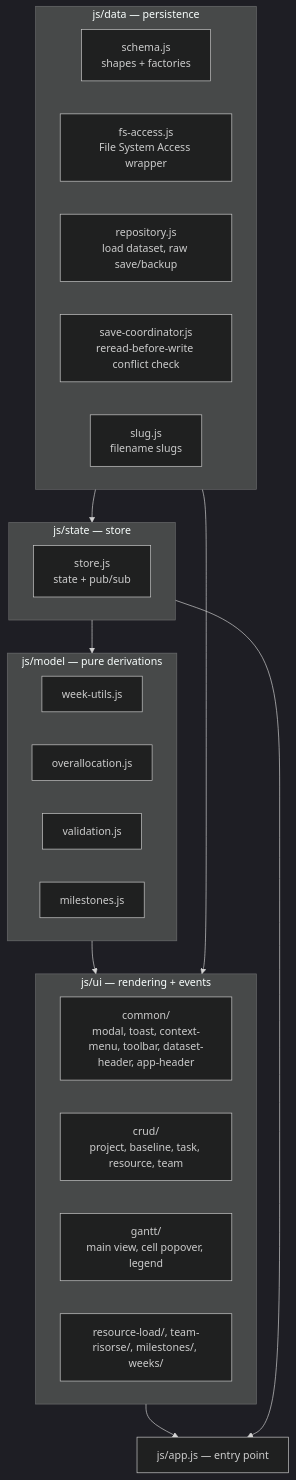
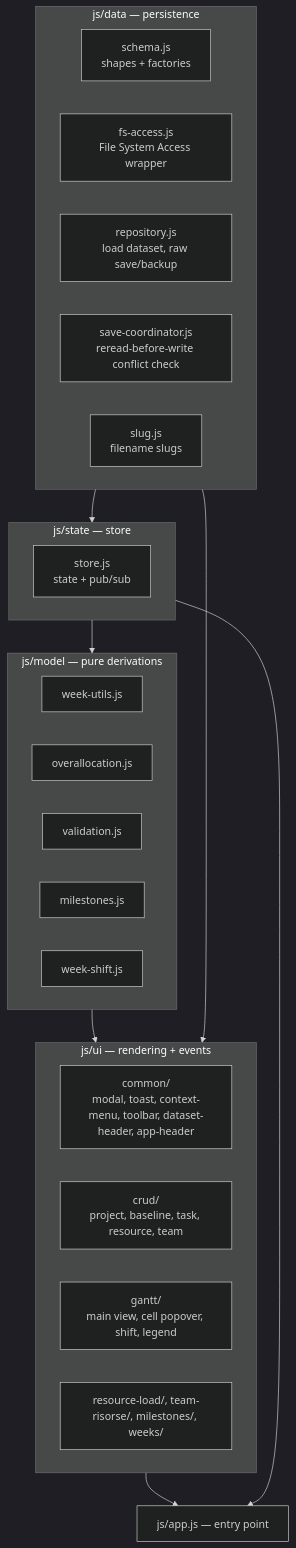
Before and after one commit to alexscarcella/Weavo: the first of 2 diagrams in docs/architecture.md, drawn with Mermaid (dark theme). The commit also changed other lines of this file and 17 other files, not shown here.

First line of the commit message:
Shift week allocations via right-click menu; add in-app help guide; bump version to v0.8

````diff
--- a/docs/architecture.md
+++ b/docs/architecture.md
@@ -31,33 +31,34 @@
 ```mermaid
 flowchart TB
     subgraph data["js/data — persistence"]
         schema["schema.js\nshapes + factories"]
         fsaccess["fs-access.js\nFile System Access wrapper"]
         repository["repository.js\nload dataset, raw save/backup"]
         savecoord["save-coordinator.js\nreread-before-write conflict check"]
         slug["slug.js\nfilename slugs"]
     end
     subgraph state["js/state — store"]
         store["store.js\nstate + pub/sub"]
     end
     subgraph model["js/model — pure derivations"]
         weekutils["week-utils.js"]
         overalloc["overallocation.js"]
         validation["validation.js"]
         milestones["milestones.js"]
+        weekshift["week-shift.js"]
     end
     subgraph ui["js/ui — rendering + events"]
         common["common/\nmodal, toast, context-menu, toolbar, dataset-header, app-header"]
         crud["crud/\nproject, baseline, task, resource, team"]
-        gantt["gantt/\nmain view, cell popover, legend"]
+        gantt["gantt/\nmain view, cell popover, shift, legend"]
         other["resource-load/, team-risorse/, milestones/, weeks/"]
     end
     app["js/app.js — entry point"]
 
     data --> state
     state --> model
     model --> ui
     data --> ui
     ui --> app
     state --> app
 ```
````
